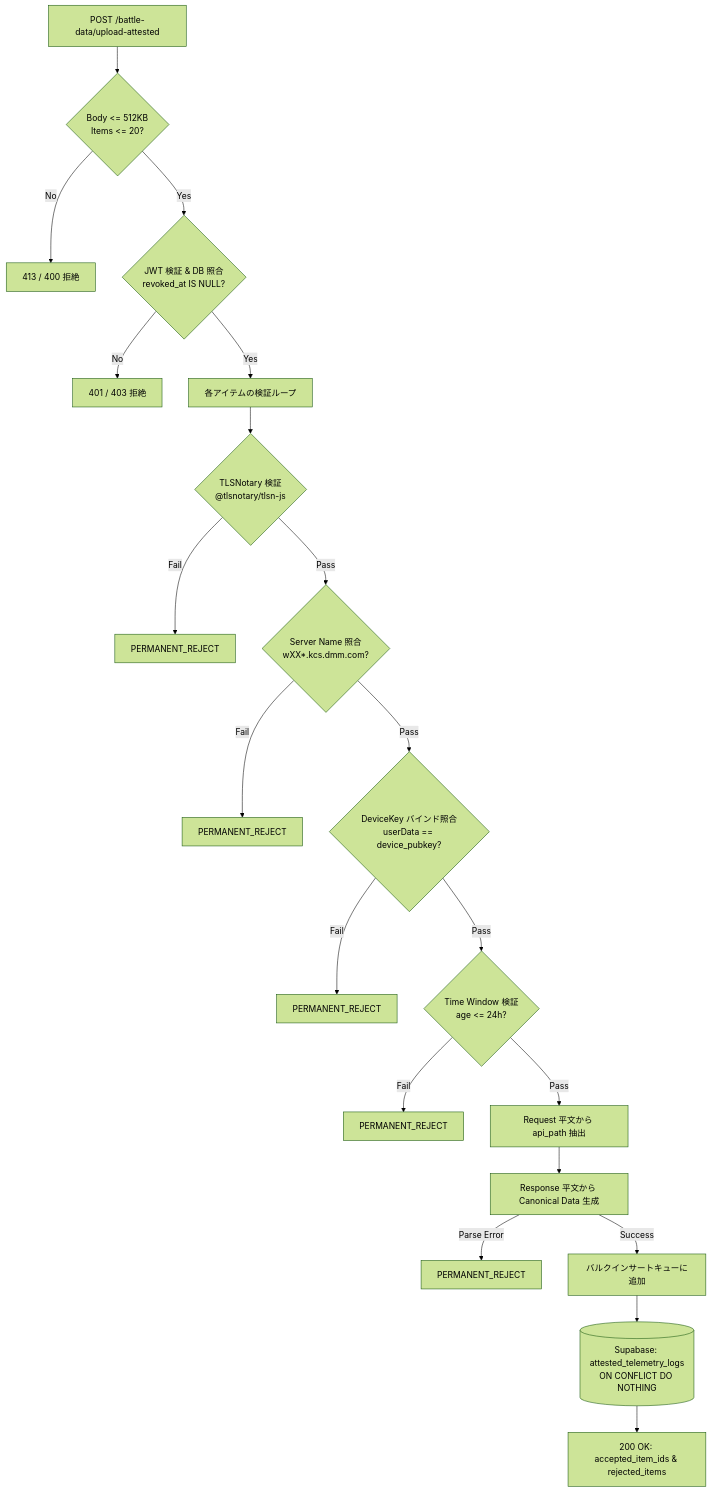
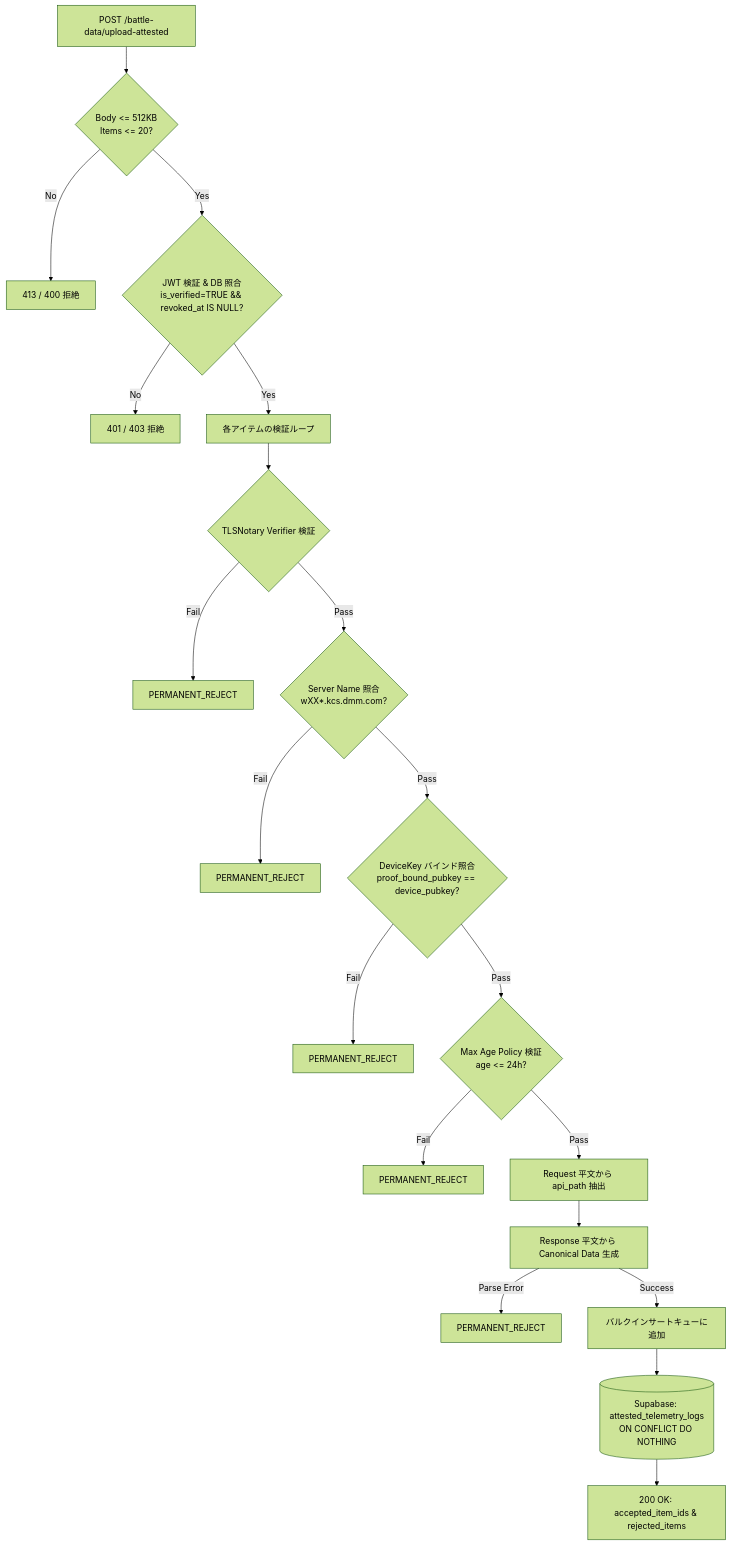
Before and after one commit to tsukasa-u/FUSOU: the diagram in docs/operations/trusted-battle-and-telemetry-ingestion.md, drawn with Mermaid (forest theme). The commit also changed other lines of this file and 1 other file, not shown here.

First line of the commit message:
docs(security): clarify Security Authority, length-delimited event hashing, and dedicated Rust verifier options

````diff
--- a/docs/operations/trusted-battle-and-telemetry-ingestion.md
+++ b/docs/operations/trusted-battle-and-telemetry-ingestion.md
@@ -461,25 +450,25 @@
 ```mermaid
 flowchart TD
     Req[POST /battle-data/upload-attested] --> DoS{Body <= 512KB<br/>Items <= 20?}
     DoS -->|No| R_413[413 / 400 拒絶]
-    DoS -->|Yes| Auth{JWT 検証 & DB 照合<br/>revoked_at IS NULL?}
+    DoS -->|Yes| Auth{JWT 検証 & DB 照合<br/>is_verified=TRUE && revoked_at IS NULL?}
     Auth -->|No| R_401[401 / 403 拒絶]
     Auth -->|Yes| Loop[各アイテムの検証ループ]
 
-    Loop --> V1{TLSNotary 検証<br/>@tlsnotary/tlsn-js}
+    Loop --> V1{TLSNotary Verifier 検証}
     V1 -->|Fail| E1[PERMANENT_REJECT]
     V1 -->|Pass| V2{Server Name 照合<br/>wXX*.kcs.dmm.com?}
     V2 -->|Fail| E2[PERMANENT_REJECT]
-    V2 -->|Pass| V3{DeviceKey バインド照合<br/>userData == device_pubkey?}
+    V2 -->|Pass| V3{DeviceKey バインド照合<br/>proof_bound_pubkey == device_pubkey?}
     V3 -->|Fail| E3[PERMANENT_REJECT]
-    V3 -->|Pass| V4{Time Window 検証<br/>age <= 24h?}
+    V3 -->|Pass| V4{Max Age Policy 検証<br/>age <= 24h?}
     V4 -->|Fail| E4[PERMANENT_REJECT]
     V4 -->|Pass| P1[Request 平文から api_path 抽出]
     P1 --> P2[Response 平文から Canonical Data 生成]
     
     P2 -->|Parse Error| E5[PERMANENT_REJECT]
     P2 -->|Success| Bulk[バルクインサートキューに追加]
     
     Bulk --> DB[(Supabase: attested_telemetry_logs<br/>ON CONFLICT DO NOTHING)]
     DB --> Res[200 OK: accepted_item_ids & rejected_items]
 ```
````
